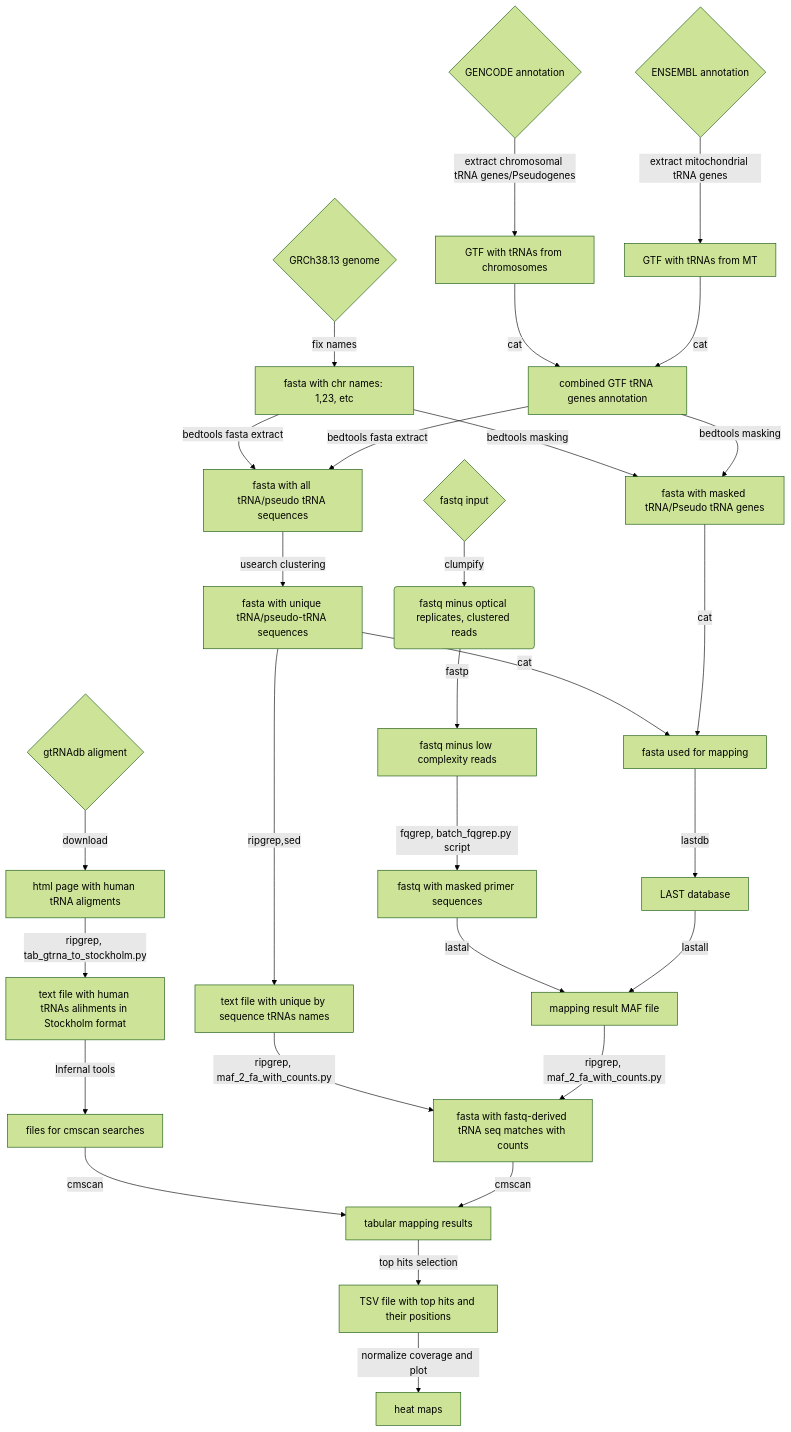
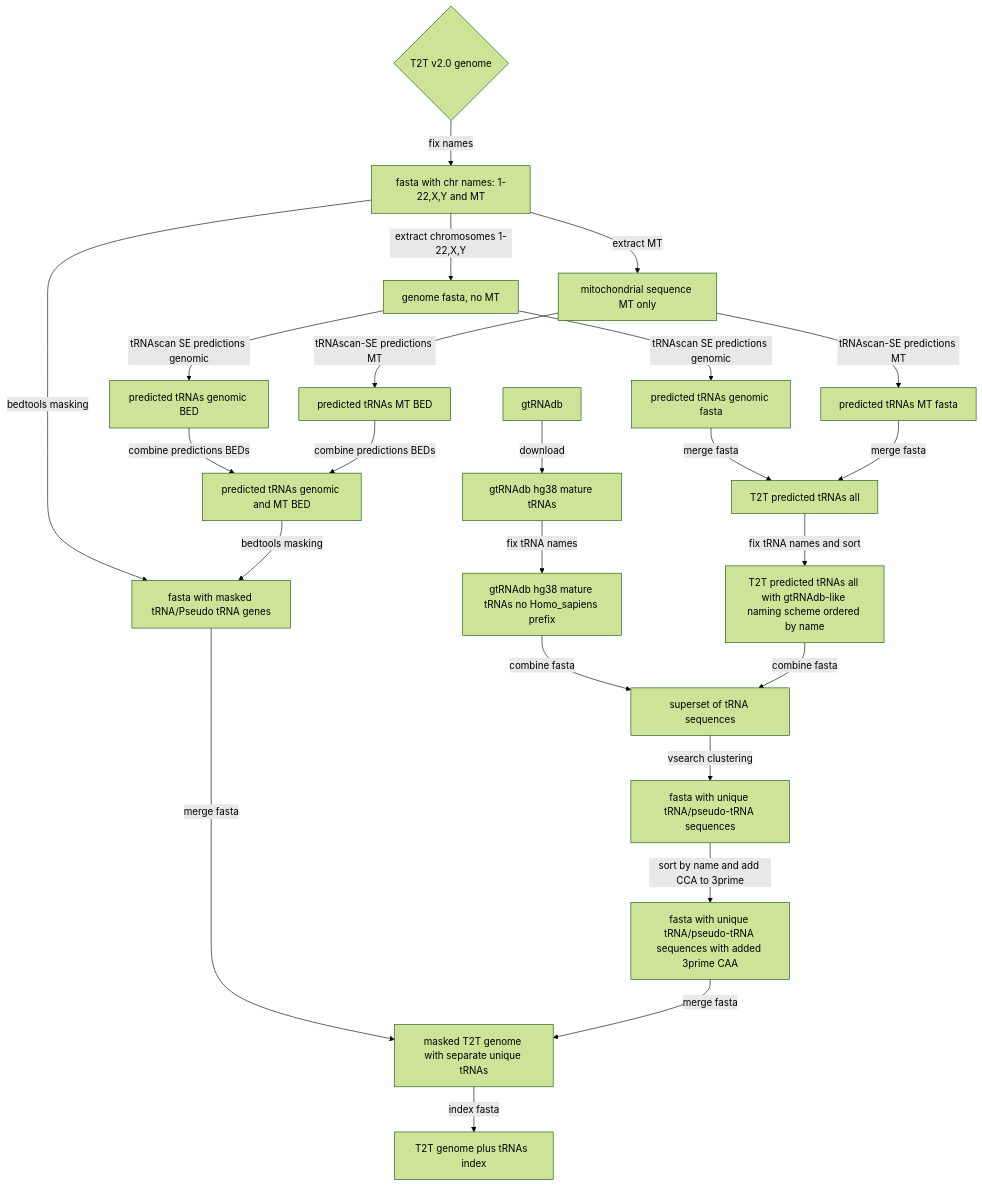
The diagram in doc/workflow_mermaid.md (Cancer-Genomics-TH/tRNA_methyl), drawn with Mermaid (forest theme) before and after one commit.

Commit message:
diagram genome for mapping

````diff
--- a/doc/workflow_mermaid.md
+++ b/doc/workflow_mermaid.md
@@ -4,33 +6,27 @@
 ```mermaid
 graph TD
 
-    genome_fasta{ GRCh38.13 genome} -->|fix names| fasta_names_fix[fasta with chr names: 1,23, etc]
-    gencode_gtf{GENCODE annotation} -->|extract chromosomal tRNA genes/Pseudogenes| chromo_gtf[GTF with tRNAs from chromosomes]
-    ensembl_gtf{ENSEMBL annotation} -->|extract mitochondrial tRNA genes| mito_gtf[GTF with tRNAs from MT]
-    chromo_gtf -->|cat|combo_gtf[combined GTF tRNA genes annotation]
-    mito_gtf -->|cat|combo_gtf
-    fasta_names_fix -->|bedtools masking|masked_genome[fasta with masked tRNA/Pseudo tRNA genes]
-    combo_gtf -->|bedtools masking|masked_genome
-    fasta_names_fix-->|bedtools fasta extract|trna_seq[fasta with all tRNA/pseudo tRNA sequences]
-    combo_gtf -->|bedtools fasta extract|trna_seq
-    trna_seq-->|usearch clustering|unique_trnas_seq[fasta with unique tRNA/pseudo-tRNA sequences]
-    unique_trnas_seq-->|cat|genome_for_mapping[fasta used for mapping]
-    masked_genome-->|cat|genome_for_mapping
-    genome_for_mapping-->|lastdb|last_database[LAST database]
-    clumped_fastped_masked_fastq-->|lastal|maf_result[mapping result MAF file]
-    last_database-->|lastall|maf_result
-    unique_trnas_seq-->|ripgrep,sed|unique_trnas_seq_names[text file with unique by sequence tRNAs names]
-    unique_trnas_seq_names-->|ripgrep, maf_2_fa_with_counts.py|trna_matches_with_counts[fasta with fastq-derived tRNA seq matches with counts] 
-    maf_result-->|ripgrep, maf_2_fa_with_counts.py|trna_matches_with_counts
-    gtRNAdb{gtRNAdb aligment}-->|download|html_aligment[html page with human tRNA aligments]
-    html_aligment-->|ripgrep, tab_gtrna_to_stockholm.py|stockholm_align[text file with human tRNAs alihments in Stockholm format]
-    stockholm_align-->|Infernal tools|cmscan_files[files for cmscan searches]
-    cmscan_files-->|cmscan|cmscan_mapping_result[tabular mapping results]
-    trna_matches_with_counts-->|cmscan|cmscan_mapping_result
-    cmscan_mapping_result-->|top hits selection|cmscan_top_hits[TSV file with top hits and their positions]
-    cmscan_top_hits-->|normalize coverage and plot|heat_maps[heat maps]
-    fastq{fastq input} -->|clumpify| clumped_fastq(fastq minus optical replicates, clustered reads)
-    clumped_fastq -->|fastp| clumped_fastped_fastq[fastq minus low complexity reads]
-    clumped_fastped_fastq -->|fqgrep, batch_fqgrep.py script|clumped_fastped_masked_fastq[fastq with masked primer sequences]
-    
+    genome_fasta{ T2T v2.0 genome} -->|fix names| fasta_names_fix[fasta with chr names: 1-22,X,Y and MT]
+    fasta_names_fix --> |extract chromosomes 1-22,X,Y| genome_chromosomes[genome fasta, no MT]
+    fasta_names_fix --> |extract MT| genome_mt[mitochondrial sequence MT only]
+    genome_chromosomes --> |tRNAscan SE predictions genomic | trna_predicted_genomic_fa[predicted tRNAs genomic fasta]
+    genome_chromosomes --> |tRNAscan SE predictions genomic | trna_predicted_genomic_bed[predicted tRNAs genomic BED]
+    genome_mt --> |tRNAscan-SE predictions MT | trna_predicted_mt_fa[predicted tRNAs MT fasta]
+    genome_mt --> |tRNAscan-SE predictions MT | trna_predicted_mt_bed[predicted tRNAs MT BED]
+    trna_predicted_genomic_bed --> |combine predictions BEDs| predicted_trnas_all[predicted tRNAs genomic and MT BED]
+    trna_predicted_mt_bed --> |combine predictions BEDs| predicted_trnas_all[predicted tRNAs genomic and MT BED]
+    fasta_names_fix --> |bedtools masking|masked_genome[fasta with masked tRNA/Pseudo tRNA genes]
+    trna_predicted_genomic_fa -->|merge fasta| trna_predicted_all[T2T predicted tRNAs all]
+    trna_predicted_mt_fa --> |merge fasta| trna_predicted_all[T2T predicted tRNAs all]
+    predicted_trnas_all --> |bedtools masking|masked_genome[fasta with masked tRNA/Pseudo tRNA genes]
+    trna_predicted_all --> |fix tRNA names and sort| trna_predicted_all_name_fixed[T2T predicted tRNAs all with gtRNAdb-like naming scheme ordered by name]
+    gtRNAdb --> |download|mature_trnas_gtrnadb_fa[gtRNAdb hg38 mature tRNAs]
+    mature_trnas_gtrnadb_fa --> |fix tRNA names| mature_trnas_gtrnadb_name_fixed_fa[gtRNAdb hg38 mature tRNAs no Homo_sapiens prefix]  
+    mature_trnas_gtrnadb_name_fixed_fa --> |combine fasta | trna_superset[superset of tRNA sequences]
+    trna_predicted_all_name_fixed -->  |combine fasta | trna_superset[superset of tRNA sequences] 
+    trna_superset -->  |vsearch clustering|unique_trnas_seq[fasta with unique tRNA/pseudo-tRNA sequences]
+    unique_trnas_seq --> | sort by name and add CCA to 3prime | unique_trnas_cca_seq[fasta with unique tRNA/pseudo-tRNA sequences with added 3prime CAA]
+    masked_genome --> |merge fasta | masked_genome_trnas[masked T2T genome with separate unique tRNAs]
+    unique_trnas_cca_seq --> |merge fasta | masked_genome_trnas[masked T2T genome with separate unique tRNAs]
+    masked_genome_trnas --> | index fasta | masked_genome_trnas_fai[T2T genome plus tRNAs  index]
 ```
````
